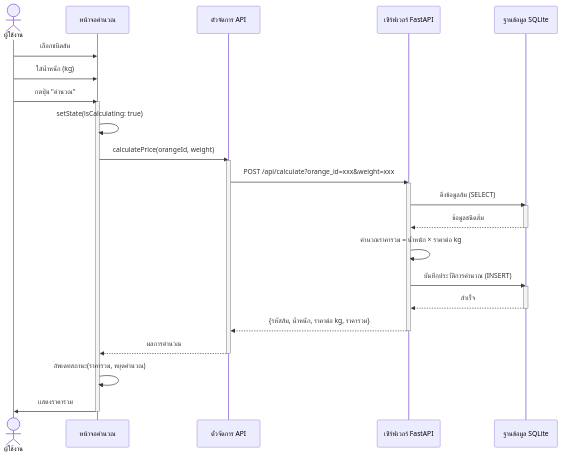
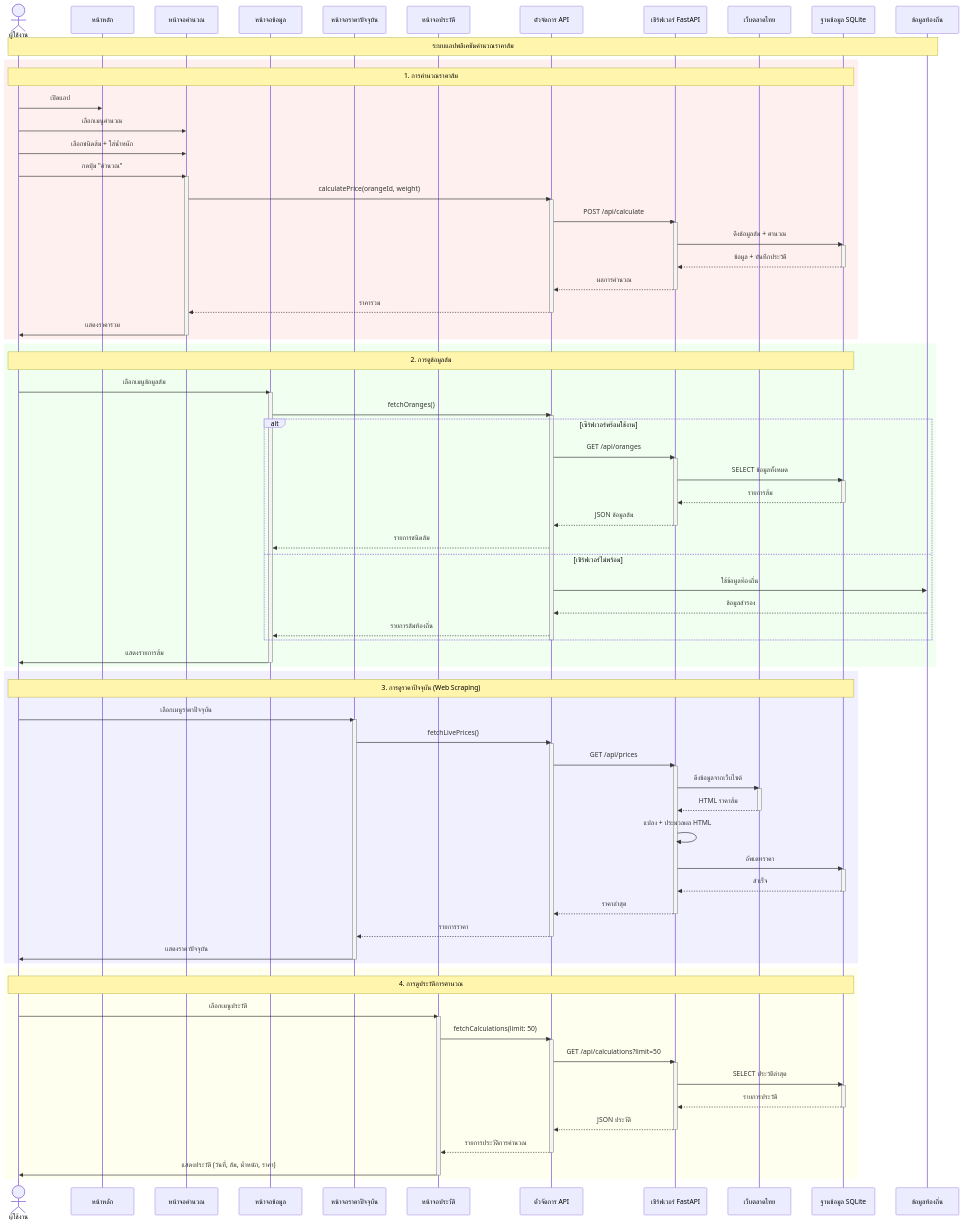
One commit to MyFirstKiss/Flutter-app-for-orange-price-calculation changed the diagram in docs/sequence-diagram.md. Above: the diagram before and after it, drawn with Mermaid. The commit also changed other lines of this file, not shown here.

Commit message:
รวม sequence diagrams ทง 5 เปน 1 diagram แสดงภาพรวมระบบทงหมด

````diff
--- a/docs/sequence-diagram.md
+++ b/docs/sequence-diagram.md
@@ -5,41 +5,117 @@
 ```mermaid
 sequenceDiagram
     actor User as ผู้ใช้งาน
-    participant UI as หน้าจอคำนวณ
+    participant Home as หน้าหลัก
+    participant CalcUI as หน้าจอคำนวณ
+    participant DataUI as หน้าจอข้อมูล
+    participant PriceUI as หน้าจอราคาปัจจุบัน
+    participant HistUI as หน้าจอประวัติ
     participant API as ตัวจัดการ API
     participant Backend as เซิร์ฟเวอร์ FastAPI
+    participant Web as เว็บตลาดไทย
     participant DB as ฐานข้อมูล SQLite
+    participant Local as ข้อมูลท้องถิ่น
     
-    User->>UI: เลือกชนิดส้ม
-    User->>UI: ใส่น้ำหนัก (kg)
-    User->>UI: กดปุ่ม "คำนวณ"
+    Note over User,Local: ระบบแอปพลิเคชันคำนวณราคาส้ม
     
-    activate UI
-    UI->>UI: setState(isCalculating: true)
-    UI->>API: calculatePrice(orangeId, weight)
+    %% Flow 1: คำนวณราคา
+    rect rgb(255, 240, 240)
+    Note over User,DB: 1. การคำนวณราคาส้ม
+    User->>Home: เปิดแอป
+    User->>CalcUI: เลือกเมนูคำนวณ
+    User->>CalcUI: เลือกชนิดส้ม + ใส่น้ำหนัก
+    User->>CalcUI: กดปุ่ม "คำนวณ"
     
+    activate CalcUI
+    CalcUI->>API: calculatePrice(orangeId, weight)
     activate API
-    API->>Backend: POST /api/calculate?orange_id=xxx&weight=xxx
+    API->>Backend: POST /api/calculate
+    activate Backend
+    Backend->>DB: ดึงข้อมูลส้ม + คำนวณ
+    activate DB
+    DB-->>Backend: ข้อมูล + บันทึกประวัติ
+    deactivate DB
+    Backend-->>API: ผลการคำนวณ
+    deactivate Backend
+    API-->>CalcUI: ราคารวม
+    deactivate API
+    CalcUI->>User: แสดงราคารวม
+    deactivate CalcUI
+    end
     
+    %% Flow 2: ดูข้อมูลส้ม
+    rect rgb(240, 255, 240)
+    Note over User,DB: 2. การดูข้อมูลส้ม
+    User->>DataUI: เลือกเมนูข้อมูลส้ม
+    activate DataUI
+    DataUI->>API: fetchOranges()
+    activate API
+    
+    alt เซิร์ฟเวอร์พร้อมใช้งาน
+        API->>Backend: GET /api/oranges
+        activate Backend
+        Backend->>DB: SELECT ข้อมูลทั้งหมด
+        activate DB
+        DB-->>Backend: รายการส้ม
+        deactivate DB
+        Backend-->>API: JSON ข้อมูลส้ม
+        deactivate Backend
+        API-->>DataUI: รายการชนิดส้ม
+    else เซิร์ฟเวอร์ไม่พร้อม
+        API->>Local: ใช้ข้อมูลท้องถิ่น
+        Local-->>API: ข้อมูลสำรอง
+        API-->>DataUI: รายการส้มท้องถิ่น
+    end
+    
+    deactivate API
+    DataUI->>User: แสดงรายการส้ม
+    deactivate DataUI
+    end
+    
+    %% Flow 3: ดูราคาปัจจุบัน
+    rect rgb(240, 240, 255)
+    Note over User,DB: 3. การดูราคาปัจจุบัน (Web Scraping)
+    User->>PriceUI: เลือกเมนูราคาปัจจุบัน
+    activate PriceUI
+    PriceUI->>API: fetchLivePrices()
+    activate API
+    API->>Backend: GET /api/prices
     activate Backend
-    Backend->>DB: ดึงข้อมูลส้ม (SELECT)
-    activate DB
-    DB-->>Backend: ข้อมูลชนิดส้ม
-    deactivate DB
-    
-    Backend->>Backend: คำนวณราคารวม = น้ำหนัก × ราคาต่อ kg
-    Backend->>DB: บันทึกประวัติการคำนวณ (INSERT)
+    Backend->>Web: ดึงข้อมูลจากเว็บไซต์
+    activate Web
+    Web-->>Backend: HTML ราคาส้ม
+    deactivate Web
+    Backend->>Backend: แปลง + ประมวลผล HTML
+    Backend->>DB: อัพเดทราคา
     activate DB
     DB-->>Backend: สำเร็จ
     deactivate DB
+    Backend-->>API: ราคาล่าสุด
+    deactivate Backend
+    API-->>PriceUI: รายการราคา
+    deactivate API
+    PriceUI->>User: แสดงราคาปัจจุบัน
+    deactivate PriceUI
+    end
     
-    Backend-->>API: {รหัสส้ม, น้ำหนัก, ราคาต่อ kg, ราคารวม}
+    %% Flow 4: ดูประวัติ
+    rect rgb(255, 255, 240)
+    Note over User,DB: 4. การดูประวัติการคำนวณ
+    User->>HistUI: เลือกเมนูประวัติ
+    activate HistUI
+    HistUI->>API: fetchCalculations(limit: 50)
+    activate API
+    API->>Backend: GET /api/calculations?limit=50
+    activate Backend
+    Backend->>DB: SELECT ประวัติล่าสุด
+    activate DB
+    DB-->>Backend: รายการประวัติ
+    deactivate DB
+    Backend-->>API: JSON ประวัติ
     deactivate Backend
-    
-    API-->>UI: ผลการคำนวณ
+    API-->>HistUI: รายการประวัติการคำนวณ
     deactivate API
-    
-    UI->>UI: อัพเดทสถานะ(ราคารวม, หยุดคำนวณ)
-    UI->>User: แสดงราคารวม
-    deactivate UI
+    HistUI->>User: แสดงประวัติ (วันที่, ส้ม, น้ำหนัก, ราคา)
+    deactivate HistUI
+    end
 ```
````
